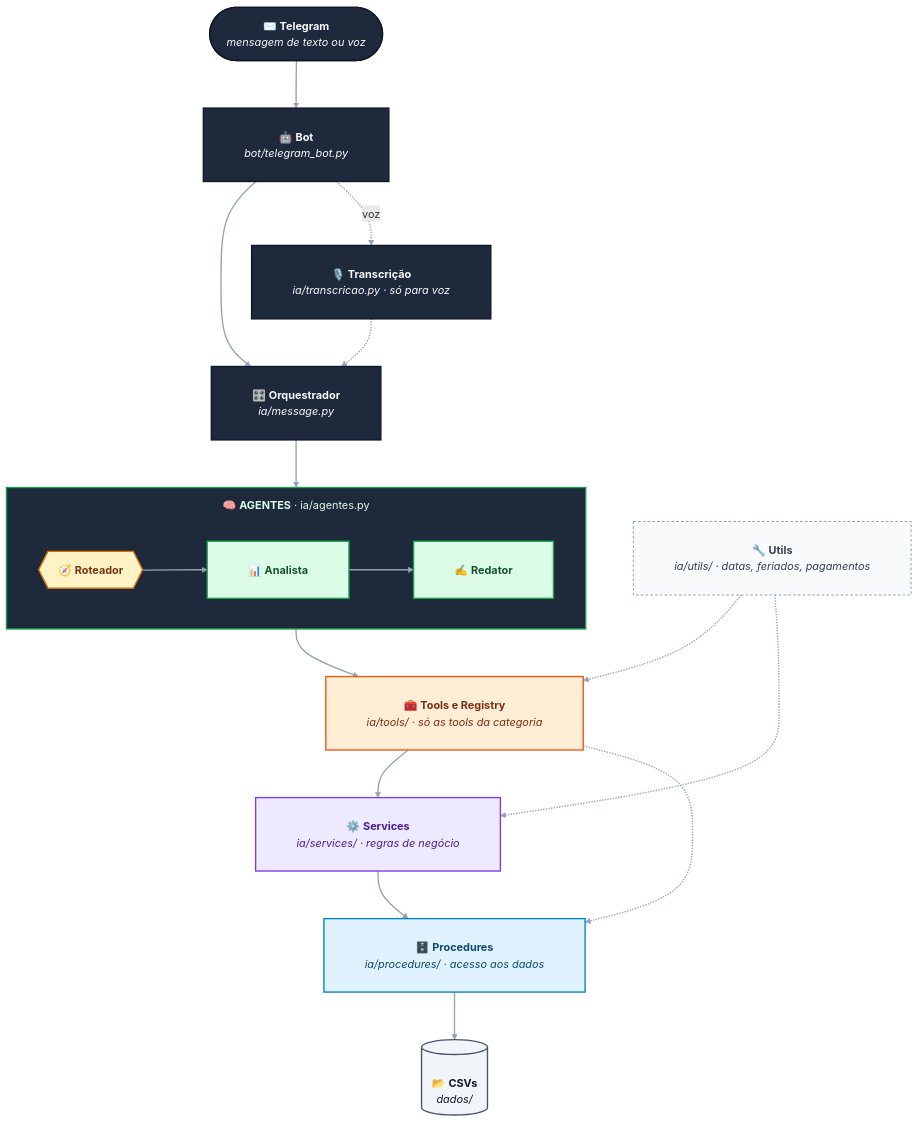
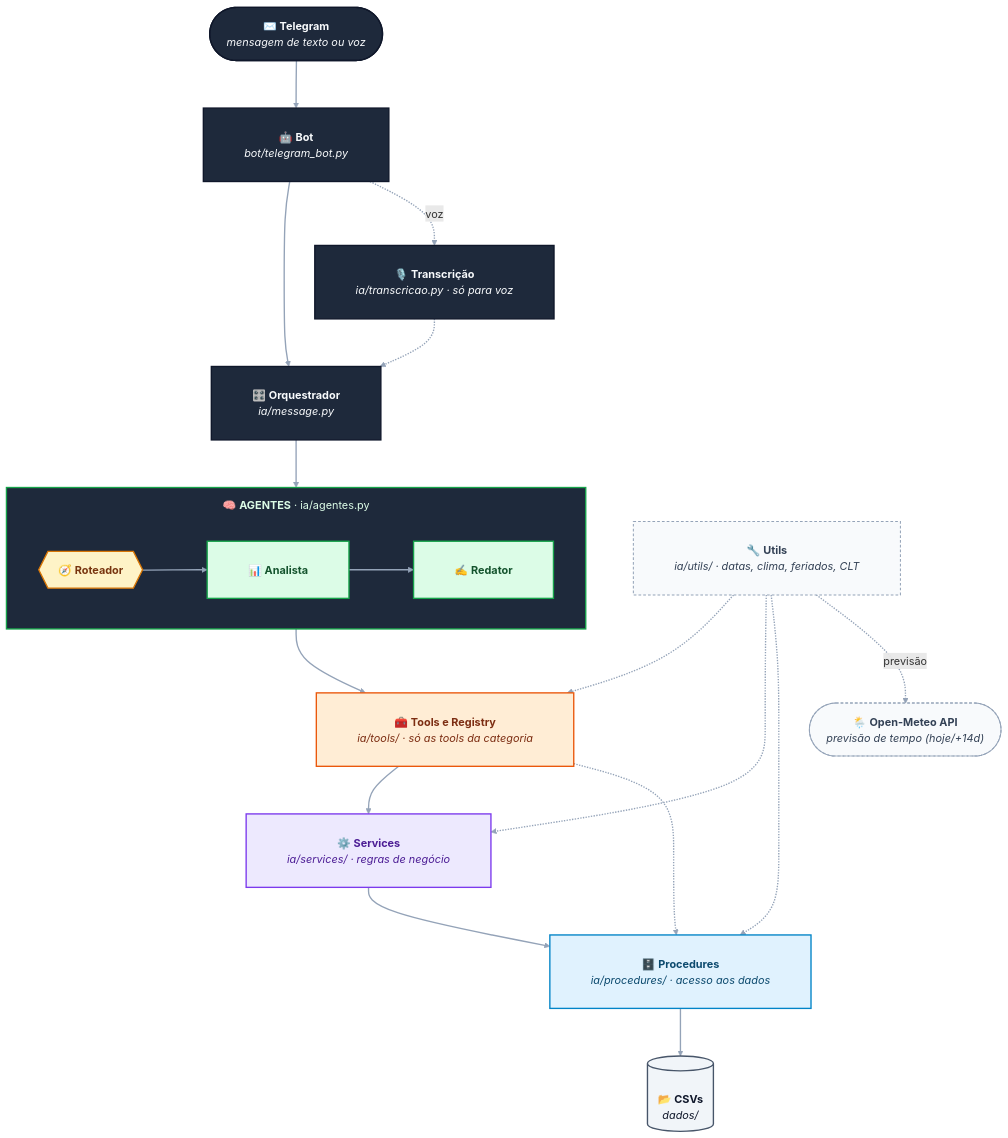
One commit to McLorem-Tecnologia/api-1-semestre-2026 changed the first of 4 diagrams in docs/cliente/tecnico/Arquitetura.md. Above: the diagram before and after it, drawn with Mermaid. The commit also changed other lines of this file and 8 other files, not shown here.

````diff
--- a/docs/cliente/tecnico/Arquitetura.md
+++ b/docs/cliente/tecnico/Arquitetura.md
@@ -25,63 +25,67 @@
 ```mermaid
 %%{init: {
   'flowchart': {'nodeSpacing': 70, 'rankSpacing': 70, 'padding': 30, 'wrappingWidth': 320, 'subGraphTitleMargin': {'top': 14, 'bottom': 20}},
   'themeVariables': {'fontSize': '16px', 'clusterBkg': '#1e293b', 'clusterBorder': '#16a34a', 'titleColor': '#dcfce7'}
 }}%%
 flowchart TD
     T(["`✉️ **Telegram**
     *mensagem de texto ou voz*`"])
     B["`🤖 **Bot**
     *bot/telegram_bot.py*`"]
     TR["`🎙️ **Transcrição**
     *ia/transcricao.py · só para voz*`"]
     M["`🎛️ **Orquestrador**
     *ia/message.py*`"]
 
     subgraph AGENTES ["`🧠 **AGENTES** · ia/agentes.py`"]
         direction LR
         R{{"`🧭 **Roteador**`"}}
         A["`📊 **Analista**`"]
         W["`✍️ **Redator**`"]
         R --> A --> W
     end
 
     TL["`🧰 **Tools e Registry**
     *ia/tools/ · só as tools da categoria*`"]
     S["`⚙️ **Services**
     *ia/services/ · regras de negócio*`"]
     P["`🗄️ **Procedures**
     *ia/procedures/ · acesso aos dados*`"]
     D[("`📂 **CSVs**
     *dados/*`")]
     UT["`🔧 **Utils**
-    *ia/utils/ · datas, feriados, pagamentos*`"]
+    *ia/utils/ · datas, clima, feriados, CLT*`"]
+    API(["`🌦️ **Open-Meteo API**
+    *previsão de tempo (hoje/+14d)*`"])
 
     T --> B --> M --> AGENTES
     B -.->|"voz"| TR -.-> M
     AGENTES --> TL
     TL --> S --> P --> D
     TL -.-> P
     UT -.-> TL
     UT -.-> S
+    UT -.-> P
+    UT -.->|"previsão"| API
 
     classDef io fill:#1e293b,stroke:#0f172a,color:#f8fafc,stroke-width:2px
     classDef router fill:#fef3c7,stroke:#d97706,color:#78350f,stroke-width:2px
     classDef agent fill:#dcfce7,stroke:#16a34a,color:#14532d,stroke-width:2px
     classDef tools fill:#ffedd5,stroke:#ea580c,color:#7c2d12,stroke-width:2px
     classDef service fill:#ede9fe,stroke:#7c3aed,color:#4c1d95,stroke-width:2px
     classDef proc fill:#e0f2fe,stroke:#0284c7,color:#0c4a6e,stroke-width:2px
     classDef data fill:#f1f5f9,stroke:#475569,color:#0f172a,stroke-width:2px
     classDef util fill:#f8fafc,stroke:#94a3b8,color:#334155,stroke-width:1.5px,stroke-dasharray:4 3
 
     class T,B,M,TR io
     class R router
     class A,W agent
     class TL tools
     class S service
     class P proc
     class D data
-    class UT util
+    class UT,API util
 
     style AGENTES fill:#1e293b,stroke:#16a34a,stroke-width:2px,color:#dcfce7
     linkStyle default stroke:#94a3b8,stroke-width:2px
 ```
````
